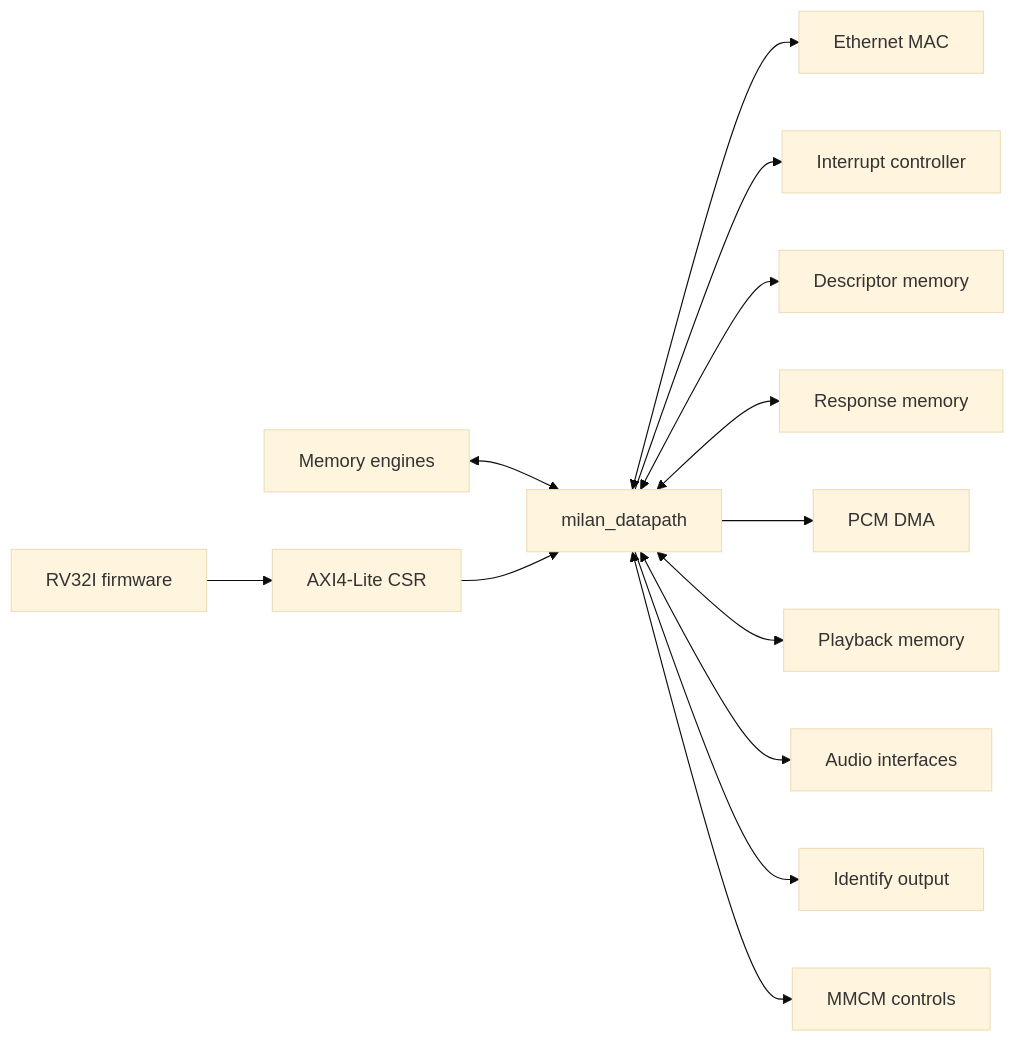
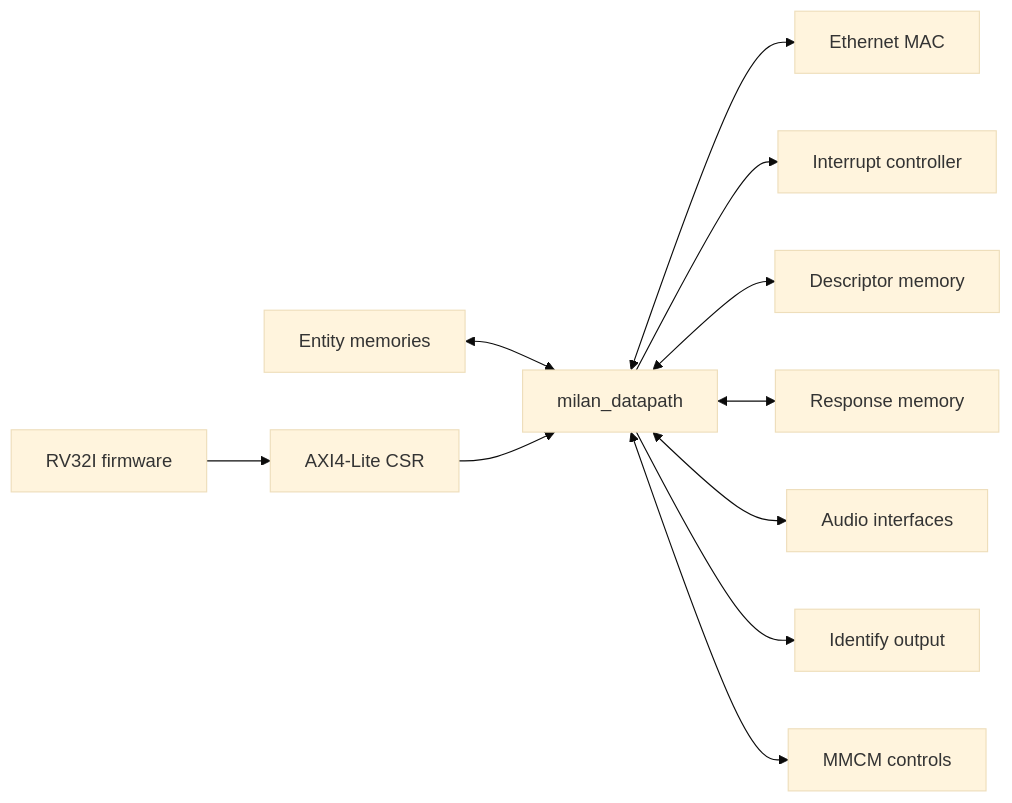
The first of 2 diagrams in docs/guides/SYSTEM_INTEGRATOR.md (kebag-logic/milan-fpga), drawn with Mermaid (base theme) before and after one commit. The commit also changed other lines of this file and 78 other files, not shown here.

````diff
--- a/docs/guides/SYSTEM_INTEGRATOR.md
+++ b/docs/guides/SYSTEM_INTEGRATOR.md
@@ -16,15 +16,13 @@
 ```mermaid
 flowchart LR
     CPU[RV32I firmware] --> CSR[AXI4-Lite CSR]
-    DMA[Memory engines] <--> DP[milan_datapath]
+    MEM[Entity memories] <--> DP[milan_datapath]
     CSR --> DP
     DP <--> MAC[Ethernet MAC]
     DP --> IRQ[Interrupt controller]
     DP <--> DESC[Descriptor memory]
     DP <--> RESP[Response memory]
-    DP --> PCM[PCM DMA]
-    DP <--> PLAY[Playback memory]
     DP <--> AUDIO[Audio interfaces]
     DP --> IDENTIFY[Identify output]
     DP <--> MMCM[MMCM controls]
 ```
````
